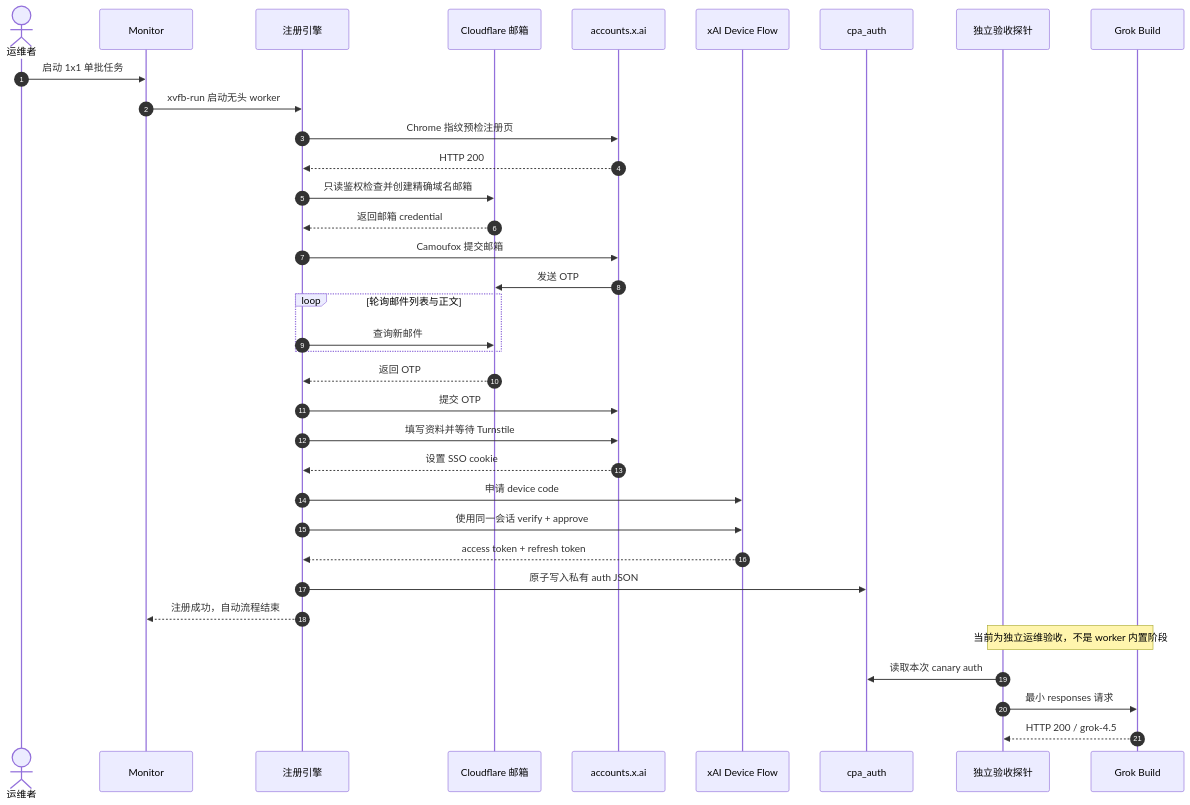
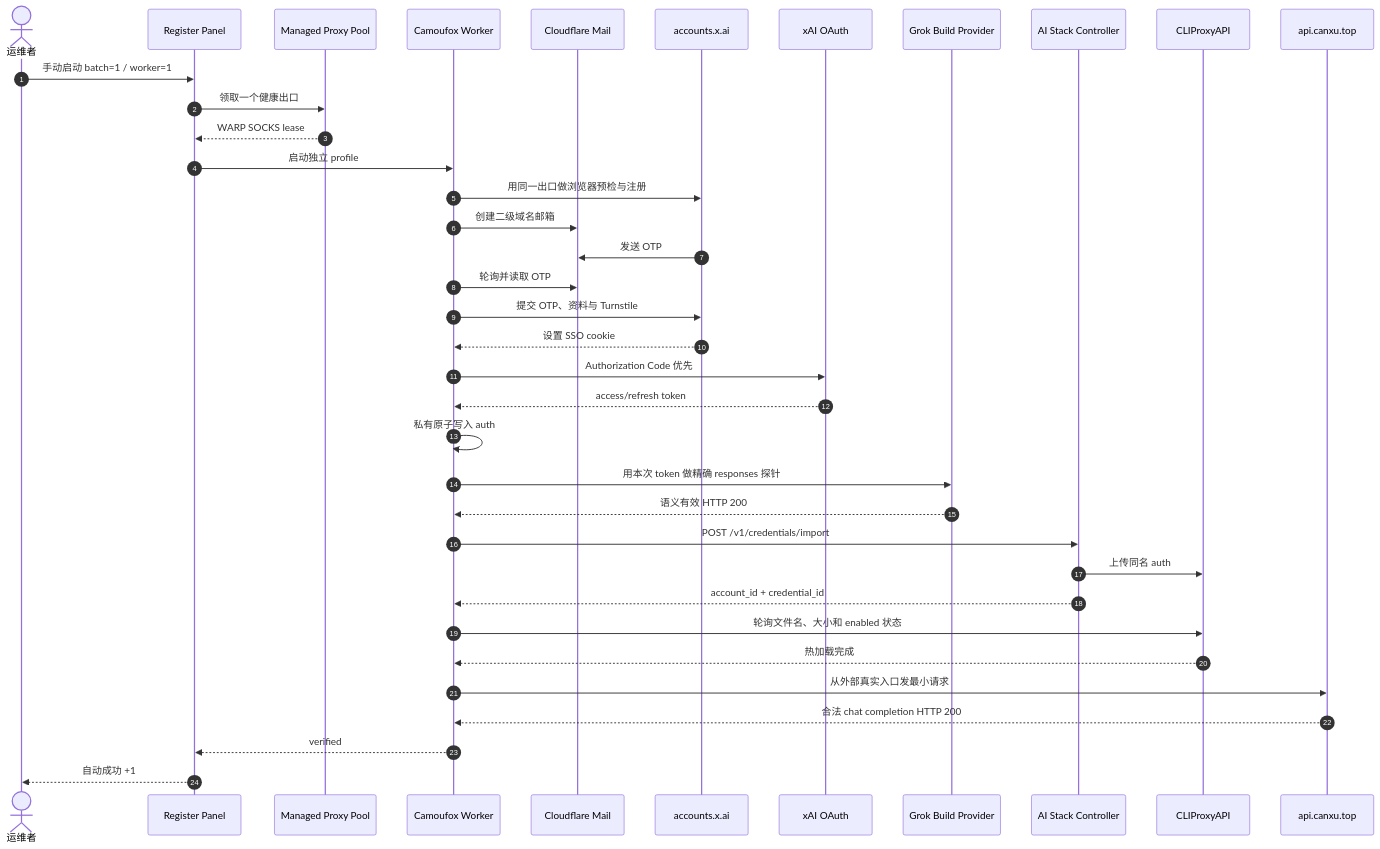
The second of 4 diagrams in docs/OPERATIONS_ARCHITECTURE.md (canxua/grok-register-panel), drawn with Mermaid before and after one commit. The commit also changed other lines of this file and 10 other files, not shown here.

Commit message:
docs(ops): record verified OVH registration architecture

````diff
--- a/docs/OPERATIONS_ARCHITECTURE.md
+++ b/docs/OPERATIONS_ARCHITECTURE.md
@@ -69,38 +88,40 @@
 ```mermaid
 sequenceDiagram
     autonumber
     actor User as 运维者
-    participant Panel as Monitor
-    participant Runner as 注册引擎
-    participant Mail as Cloudflare 邮箱
-    participant Account as accounts.x.ai
-    participant OAuth as xAI Device Flow
-    participant Store as cpa_auth
-    participant Probe as 独立验收探针
-    participant Build as Grok Build
+    participant Panel as Register Panel
+    participant Pool as Managed Proxy Pool
+    participant Worker as Camoufox Worker
+    participant Mail as Cloudflare Mail
+    participant XAI as accounts.x.ai
+    participant OAuth as xAI OAuth
+    participant Provider as Grok Build Provider
+    participant Controller as AI Stack Controller
+    participant CPA as CLIProxyAPI
+    participant API as api.canxu.top
 
-    User->>Panel: 启动 1x1 单批任务
-    Panel->>Runner: xvfb-run 启动无头 worker
-    Runner->>Account: Chrome 指纹预检注册页
-    Account-->>Runner: HTTP 200
-    Runner->>Mail: 只读鉴权检查并创建精确域名邮箱
-    Mail-->>Runner: 返回邮箱 credential
-    Runner->>Account: Camoufox 提交邮箱
-    Account->>Mail: 发送 OTP
-    loop 轮询邮件列表与正文
-        Runner->>Mail: 查询新邮件
-    end
-    Mail-->>Runner: 返回 OTP
-    Runner->>Account: 提交 OTP
-    Runner->>Account: 填写资料并等待 Turnstile
-    Account-->>Runner: 设置 SSO cookie
-    Runner->>OAuth: 申请 device code
-    Runner->>OAuth: 使用同一会话 verify + approve
-    OAuth-->>Runner: access token + refresh token
-    Runner->>Store: 原子写入私有 auth JSON
-    Runner-->>Panel: 注册成功，自动流程结束
-    Note over Probe,Build: 当前为独立运维验收，不是 worker 内置阶段
-    Probe->>Store: 读取本次 canary auth
-    Probe->>Build: 最小 responses 请求
-    Build-->>Probe: HTTP 200 / grok-4.5
+    User->>Panel: 手动启动 batch=1 / worker=1
+    Panel->>Pool: 领取一个健康出口
+    Pool-->>Panel: WARP SOCKS lease
+    Panel->>Worker: 启动独立 profile
+    Worker->>XAI: 用同一出口做浏览器预检与注册
+    Worker->>Mail: 创建二级域名邮箱
+    XAI->>Mail: 发送 OTP
+    Worker->>Mail: 轮询并读取 OTP
+    Worker->>XAI: 提交 OTP、资料与 Turnstile
+    XAI-->>Worker: 设置 SSO cookie
+    Worker->>OAuth: Authorization Code 优先
+    OAuth-->>Worker: access/refresh token
+    Worker->>Worker: 私有原子写入 auth
+    Worker->>Provider: 用本次 token 做精确 responses 探针
+    Provider-->>Worker: 语义有效 HTTP 200
+    Worker->>Controller: POST /v1/credentials/import
+    Controller->>CPA: 上传同名 auth
+    Controller-->>Worker: account_id + credential_id
+    Worker->>CPA: 轮询文件名、大小和 enabled 状态
+    CPA-->>Worker: 热加载完成
+    Worker->>API: 从外部真实入口发最小请求
+    API-->>Worker: 合法 chat completion HTTP 200
+    Worker-->>Panel: verified
+    Panel-->>User: 自动成功 +1
 ```
````
